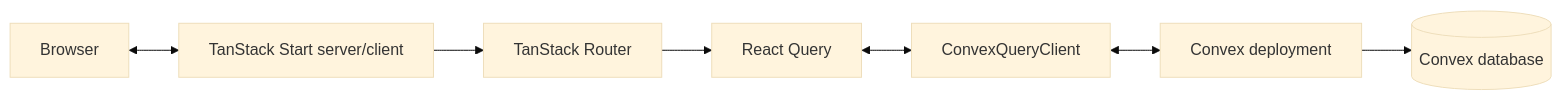
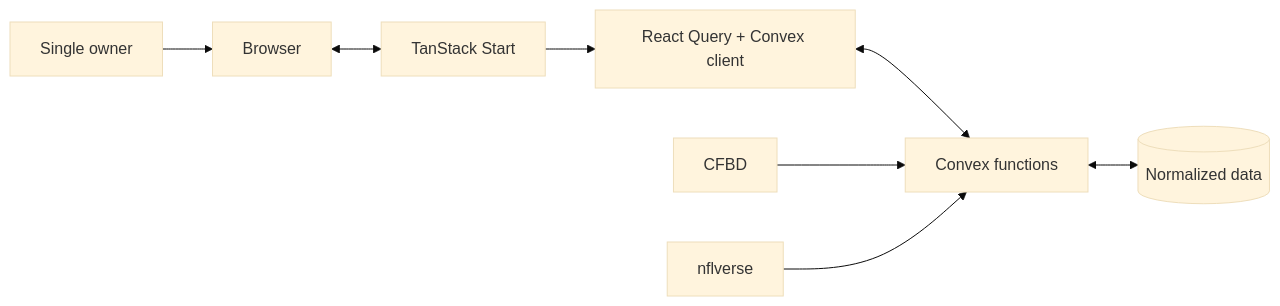
Before and after one commit to dreamsbydutch/cfb26: the diagram in docs/wiki/architecture/system-overview.md, drawn with Mermaid (base theme). The commit also changed other lines of this file and 23 other files, not shown here.

````diff
--- a/docs/wiki/architecture/system-overview.md
+++ b/docs/wiki/architecture/system-overview.md
@@ -7,9 +7,10 @@
 ```mermaid
 flowchart LR
-  B[Browser] <--> T[TanStack Start server/client]
-  T --> R[TanStack Router]
-  R --> Q[React Query]
-  Q <--> CQC[ConvexQueryClient]
-  CQC <--> C[Convex deployment]
-  C --> DB[(Convex database)]
+  B[Browser] <--> T[TanStack Start]
+  T --> Q[React Query + Convex client]
+  Q <--> C[Convex functions]
+  C <--> D[(Normalized data)]
+  F[CFBD] --> C
+  N[nflverse] --> C
+  O[Single owner] --> B
 ```
````
